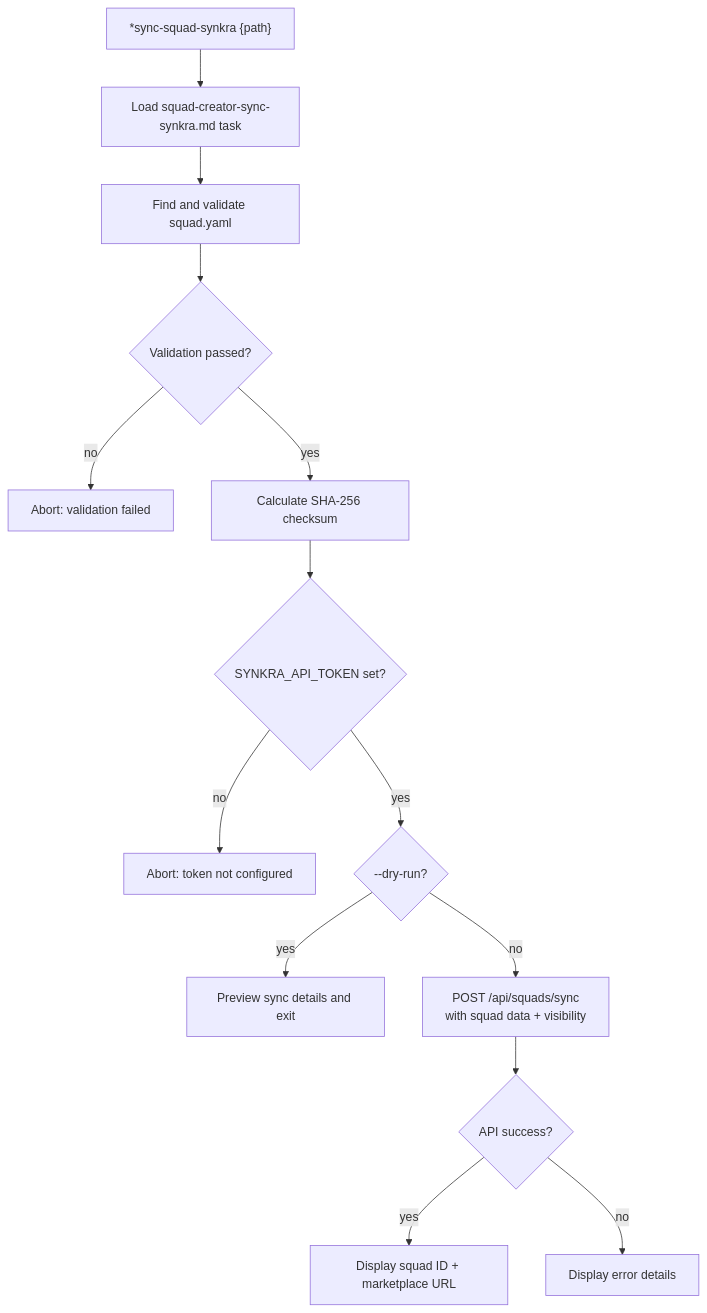
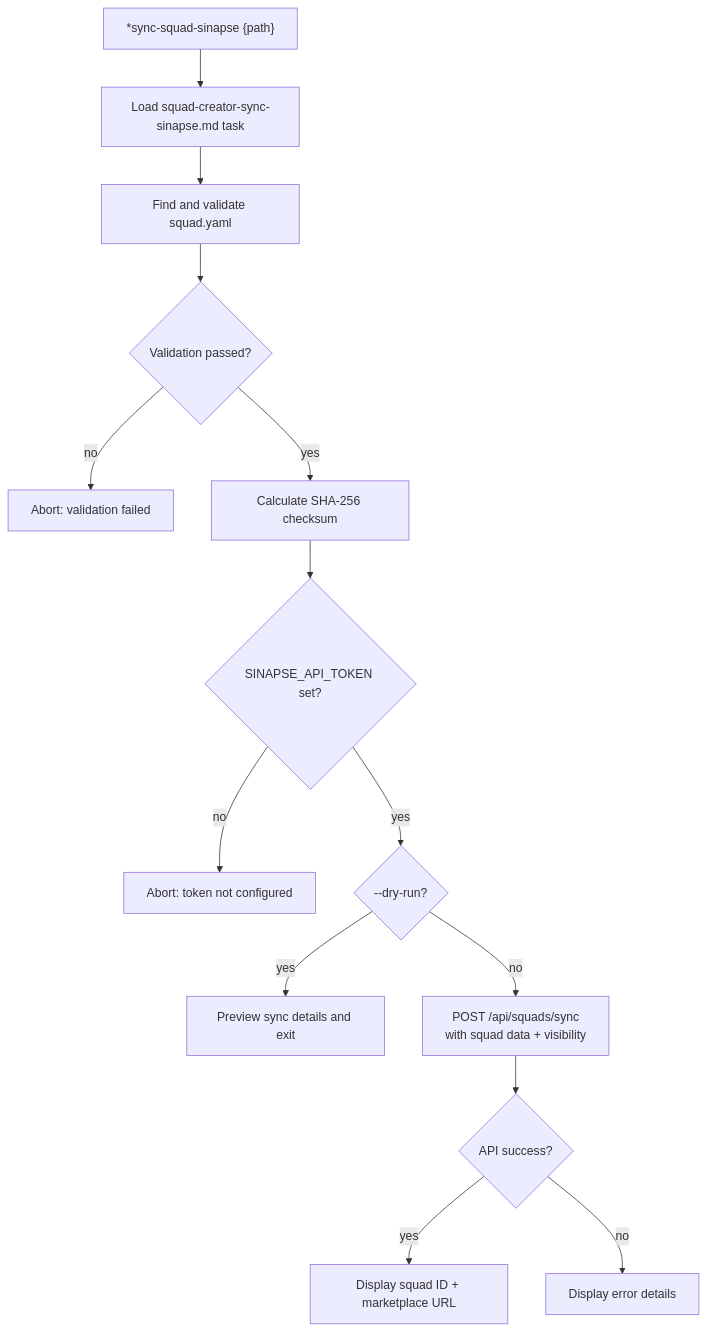
One commit to caioimori/sinapse-ai changed diagram 11 of 12 in docs/guides/agents/traces/squad-creation-execution-trace.md. Above: the diagram before and after it, drawn with Mermaid. The commit also changed other lines of this file and 166 other files, not shown here.

````diff
--- a/docs/guides/agents/traces/squad-creation-execution-trace.md
+++ b/docs/guides/agents/traces/squad-creation-execution-trace.md
@@ -468,16 +468,16 @@
 ```mermaid
 flowchart TD
-    A["*sync-squad-synkra {path}"] --> B[Load squad-creator-sync-synkra.md task]
+    A["*sync-squad-sinapse {path}"] --> B[Load squad-creator-sync-sinapse.md task]
     B --> C[Find and validate squad.yaml]
     C --> D{Validation passed?}
     D -->|no| E[Abort: validation failed]
     D -->|yes| F[Calculate SHA-256 checksum]
-    F --> G{SYNKRA_API_TOKEN set?}
+    F --> G{SINAPSE_API_TOKEN set?}
     G -->|no| H[Abort: token not configured]
     G -->|yes| I{--dry-run?}
     I -->|yes| J[Preview sync details and exit]
     I -->|no| K["POST /api/squads/sync<br/>with squad data + visibility"]
     K --> L{API success?}
     L -->|yes| M[Display squad ID + marketplace URL]
     L -->|no| N[Display error details]
 ```
````
